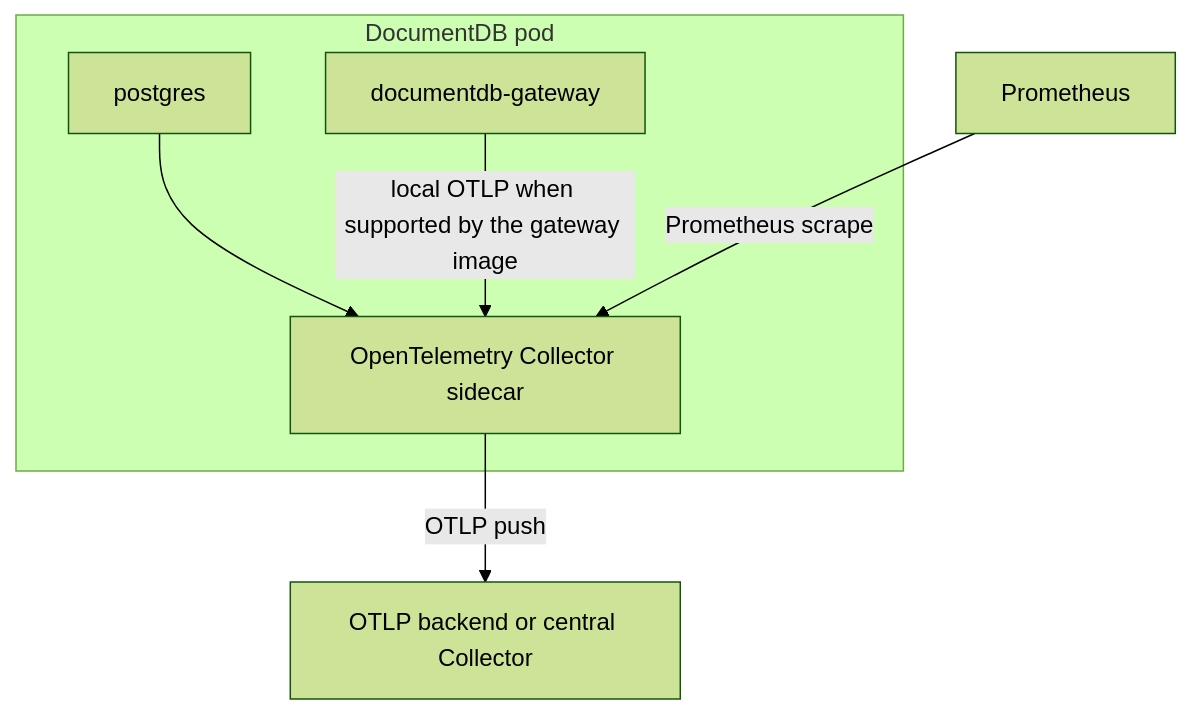
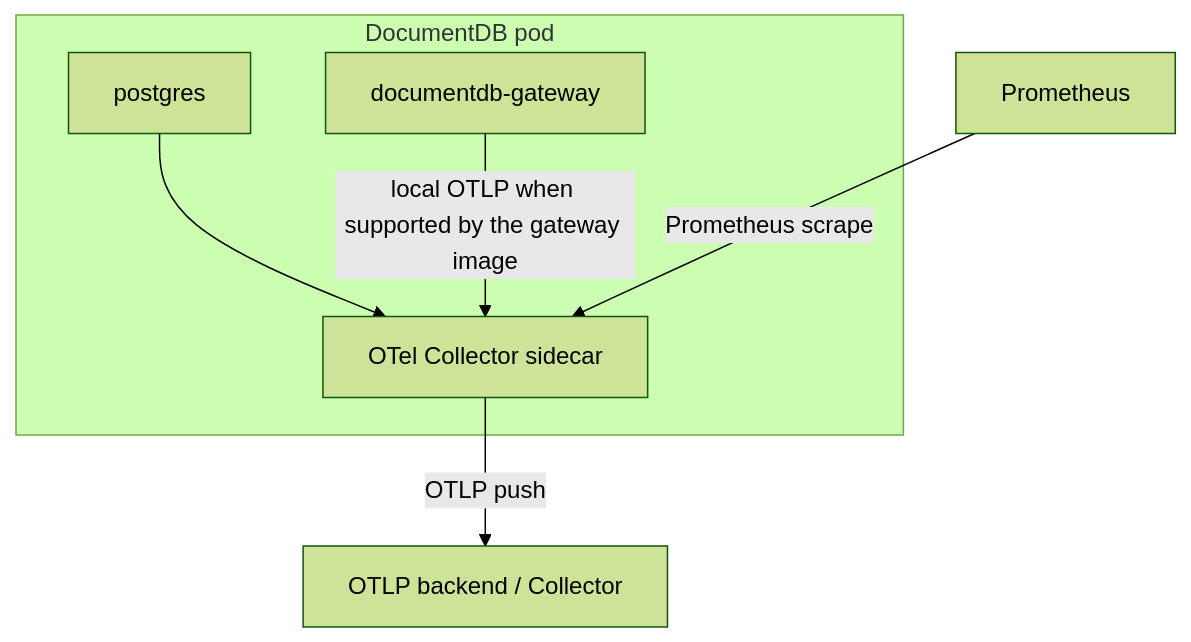
Before and after one commit to documentdb/documentdb-kubernetes-operator: the diagram in docs/operator-public-documentation/preview/monitoring/overview.md, drawn with Mermaid (forest theme).

Commit message:
docs(monitoring): shorten mermaid node labels to avoid truncation

````diff
--- a/docs/operator-public-documentation/preview/monitoring/overview.md
+++ b/docs/operator-public-documentation/preview/monitoring/overview.md
@@ -31,16 +31,16 @@
 ```mermaid
 graph TB
     subgraph pod["DocumentDB pod"]
         pg["postgres"]
         gateway["documentdb-gateway"]
-        sidecar["OpenTelemetry Collector sidecar"]
+        sidecar["OTel Collector sidecar"]
         pg --> sidecar
         gateway -- "local OTLP when supported by the gateway image" --> sidecar
     end
 
-    otlp["OTLP backend or central Collector"]
+    otlp["OTLP backend / Collector"]
     prometheus["Prometheus"]
 
     sidecar -- "OTLP push" --> otlp
     prometheus -- "Prometheus scrape" --> sidecar
 ```
````
